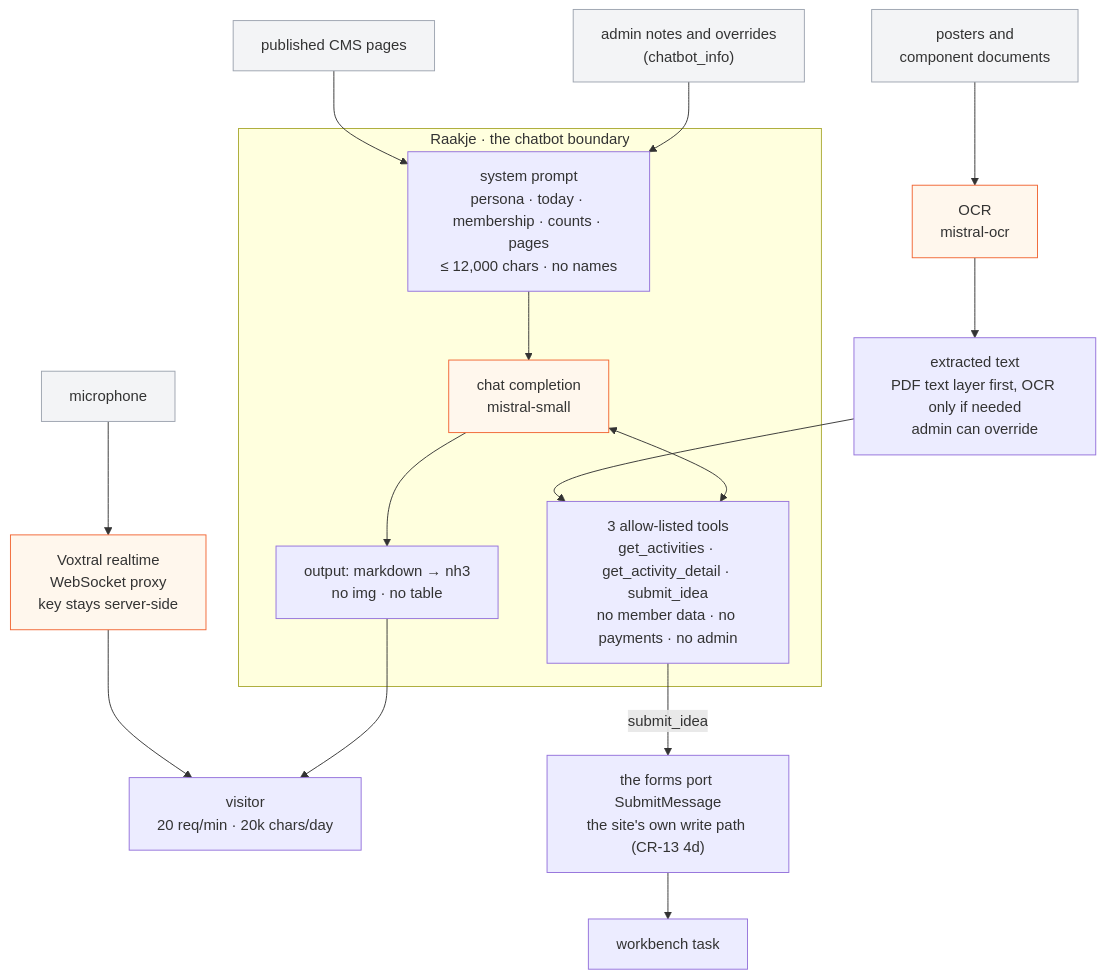
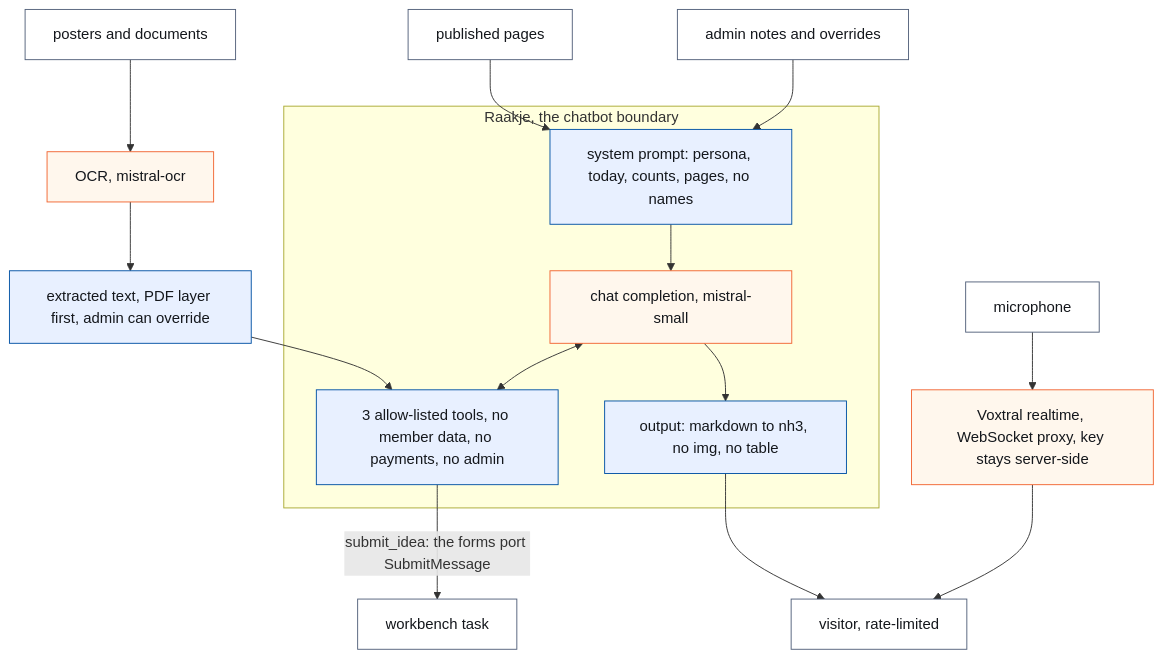
Diagram 19 of 28 in docs/architecture.md (KoenRenders/KoenTest), drawn with Mermaid before and after one commit. The commit also changed other lines of this file and 71 other files, not shown here.

First line of the commit message:
docs: the restructured architecture document replaces docs/architecture.md

````diff
--- a/docs/architecture.md
+++ b/docs/architecture.md
@@ -645,29 +950,20 @@
 ```mermaid
 flowchart TB
-  CMS["published CMS pages"]:::i
-  NOTES["admin notes and overrides<br/>(chatbot_info)"]:::i
-  DOCS["posters and<br/>component documents"]:::i
-  MIC["microphone"]:::i
-  OCR["OCR<br/>mistral-ocr"]:::m
-  STT["Voxtral realtime<br/>WebSocket proxy<br/>key stays server-side"]:::m
-  EXT["extracted text<br/>PDF text layer first, OCR only if needed<br/>admin can override"]
-  subgraph RAAKJE["Raakje · the chatbot boundary"]
-    CTX["system prompt<br/>persona · today · membership · counts · pages<br/>≤ 12,000 chars · no names"]
-    LLM["chat completion<br/>mistral-small"]:::m
-    TOOLS["3 allow-listed tools<br/>get_activities · get_activity_detail · submit_idea<br/>no member data · no payments · no admin"]
-    SAN["output: markdown → nh3<br/>no img · no table"]
+  CMS["published pages"] --> CTX
+  NOTES["admin notes and overrides"] --> CTX
+  DOCS["posters and documents"] --> OCR["OCR, mistral-ocr"] --> EXT["extracted text, PDF layer first, admin can override"] --> TOOLS
+  MIC["microphone"] --> STT["Voxtral realtime, WebSocket proxy, key stays server-side"] --> USER
+  subgraph RAAKJE["Raakje, the chatbot boundary"]
+    CTX["system prompt: persona, today, counts, pages, no names"] --> LLM["chat completion, mistral-small"]
+    LLM <--> TOOLS["3 allow-listed tools, no member data, no payments, no admin"]
+    LLM --> SAN["output: markdown to nh3, no img, no table"]
   end
-  USER["visitor<br/>20 req/min · 20k chars/day"]
-  FORM["the forms port SubmitMessage<br/>the site's own write path (CR-13 4d)"]
-  WB["workbench task"]
-  CMS --> CTX
-  NOTES --> CTX
-  DOCS --> OCR --> EXT --> TOOLS
-  MIC --> STT --> USER
-  CTX --> LLM
-  LLM <--> TOOLS
-  LLM --> SAN --> USER
-  TOOLS -->|submit_idea| FORM --> WB
-  classDef m fill:#fff7ed,stroke:#f16532;
-  classDef i fill:#f3f4f6,stroke:#9ca3af;
+  SAN --> USER["visitor, rate-limited"]
+  TOOLS -- "submit_idea: the forms port SubmitMessage" --> WB["workbench task"]
+  classDef kernel fill:#e8f0ff,stroke:#0051a4,color:#14171c;
+  classDef domain fill:#ffffff,stroke:#52607a,color:#14171c;
+  classDef external fill:#fff7ed,stroke:#f16532,color:#14171c;
+  class OCR,STT,LLM external
+  class CTX,TOOLS,SAN,EXT kernel
+  class CMS,NOTES,DOCS,MIC,USER,WB domain
 ```
````
